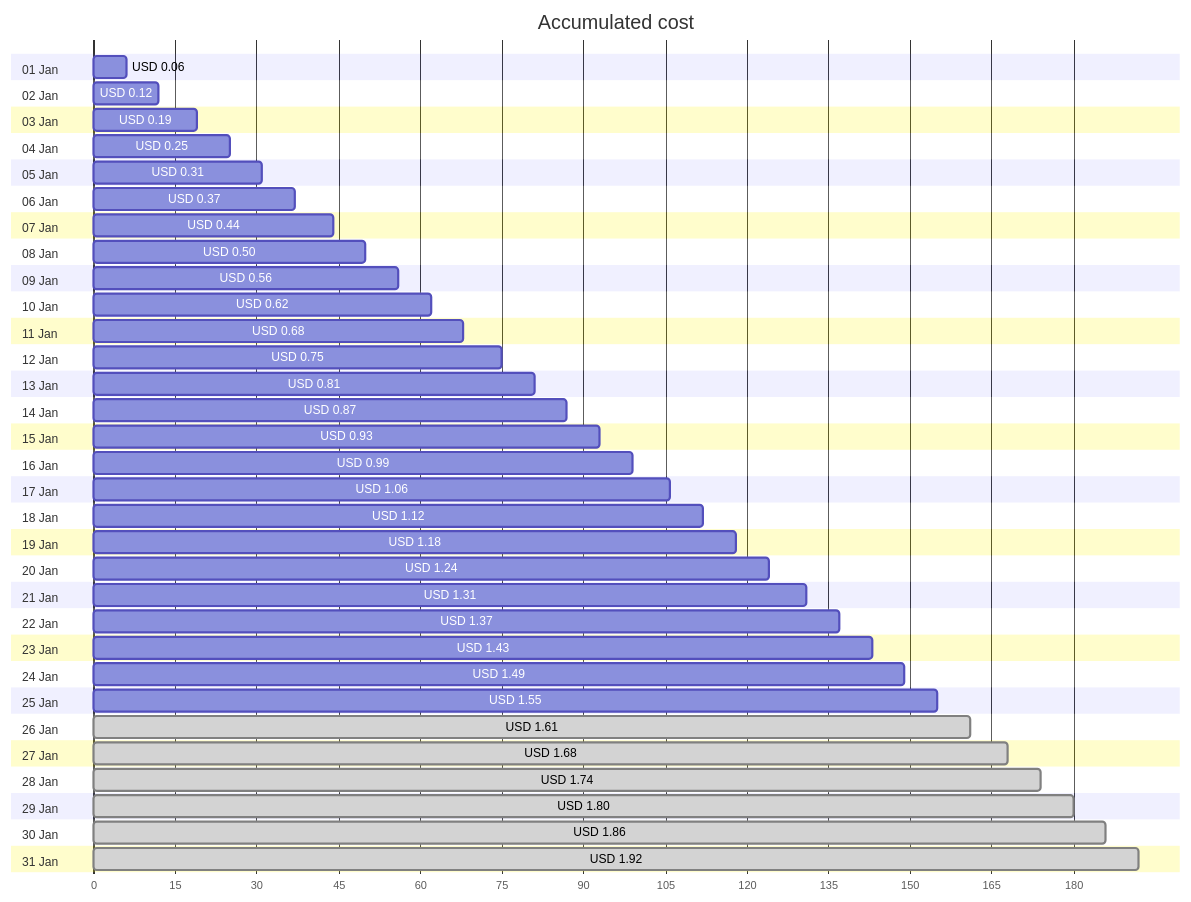
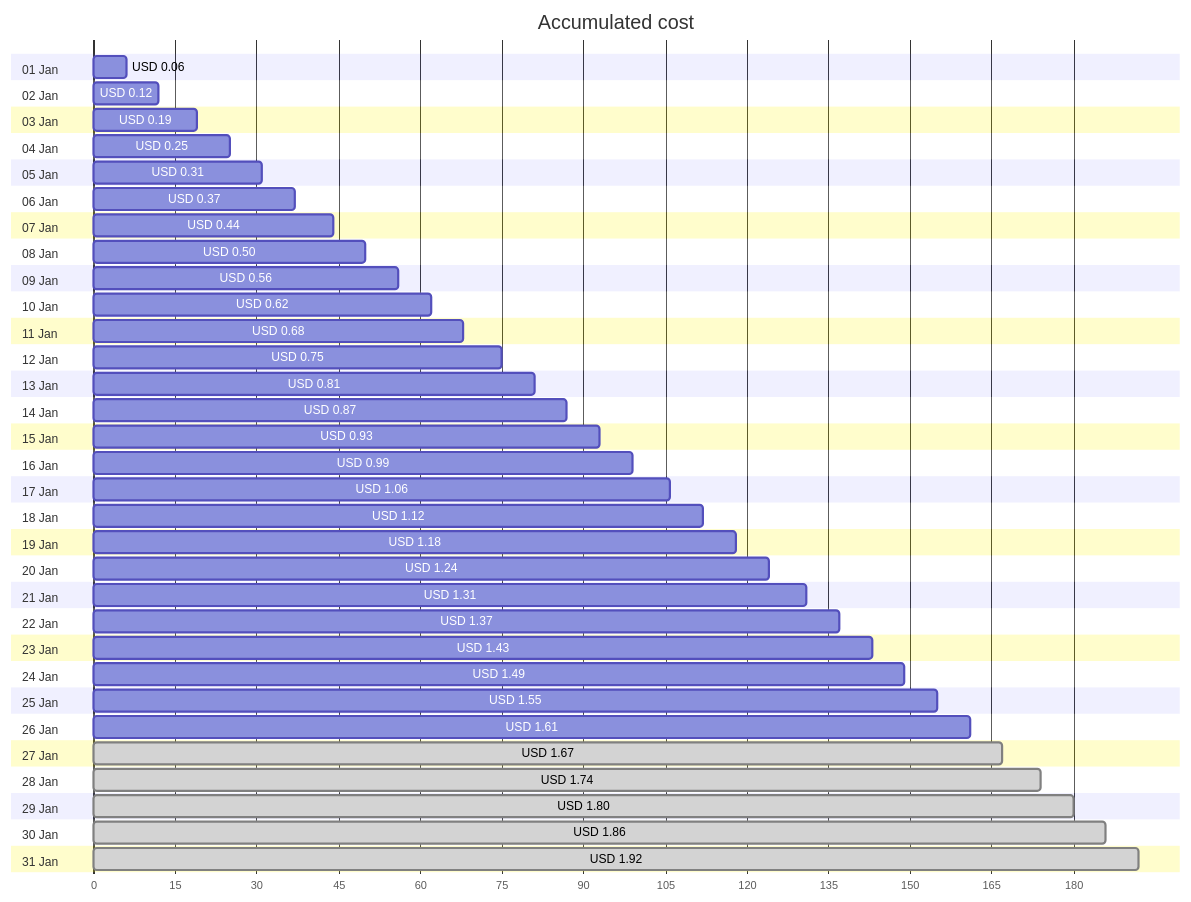
Before and after one commit to jpfulton/azure-personal-reports: the first of 4 diagrams in cost-reports/personal-network/vpn-server_OsDisk.md, drawn with Mermaid. The commit also changed other lines of this file and 8 other files, not shown here.

````diff
--- a/cost-reports/personal-network/vpn-server_OsDisk.md
+++ b/cost-reports/personal-network/vpn-server_OsDisk.md
@@ -20,68 +20,68 @@
 ```mermaid
 gantt
    title Accumulated cost
    dateFormat  X
    axisFormat %s
    section 01 Jan
    USD 0.06 :0, 6
    section 02 Jan
    USD 0.12 :0, 12
    section 03 Jan
    USD 0.19 :0, 19
    section 04 Jan
    USD 0.25 :0, 25
    section 05 Jan
    USD 0.31 :0, 31
    section 06 Jan
    USD 0.37 :0, 37
    section 07 Jan
    USD 0.44 :0, 44
    section 08 Jan
    USD 0.50 :0, 50
    section 09 Jan
    USD 0.56 :0, 56
    section 10 Jan
    USD 0.62 :0, 62
    section 11 Jan
    USD 0.68 :0, 68
    section 12 Jan
    USD 0.75 :0, 75
    section 13 Jan
    USD 0.81 :0, 81
    section 14 Jan
    USD 0.87 :0, 87
    section 15 Jan
    USD 0.93 :0, 93
    section 16 Jan
    USD 0.99 :0, 99
    section 17 Jan
    USD 1.06 :0, 106
    section 18 Jan
    USD 1.12 :0, 112
    section 19 Jan
    USD 1.18 :0, 118
    section 20 Jan
    USD 1.24 :0, 124
    section 21 Jan
    USD 1.31 :0, 131
    section 22 Jan
    USD 1.37 :0, 137
    section 23 Jan
    USD 1.43 :0, 143
    section 24 Jan
    USD 1.49 :0, 149
    section 25 Jan
    USD 1.55 :0, 155
    section 26 Jan
-   USD 1.61 : done, 0, 161
+   USD 1.61 :0, 161
    section 27 Jan
-   USD 1.68 : done, 0, 168
+   USD 1.67 : done, 0, 167
    section 28 Jan
    USD 1.74 : done, 0, 174
    section 29 Jan
    USD 1.80 : done, 0, 180
    section 30 Jan
    USD 1.86 : done, 0, 186
    section 31 Jan
    USD 1.92 : done, 0, 192
 ```
````
